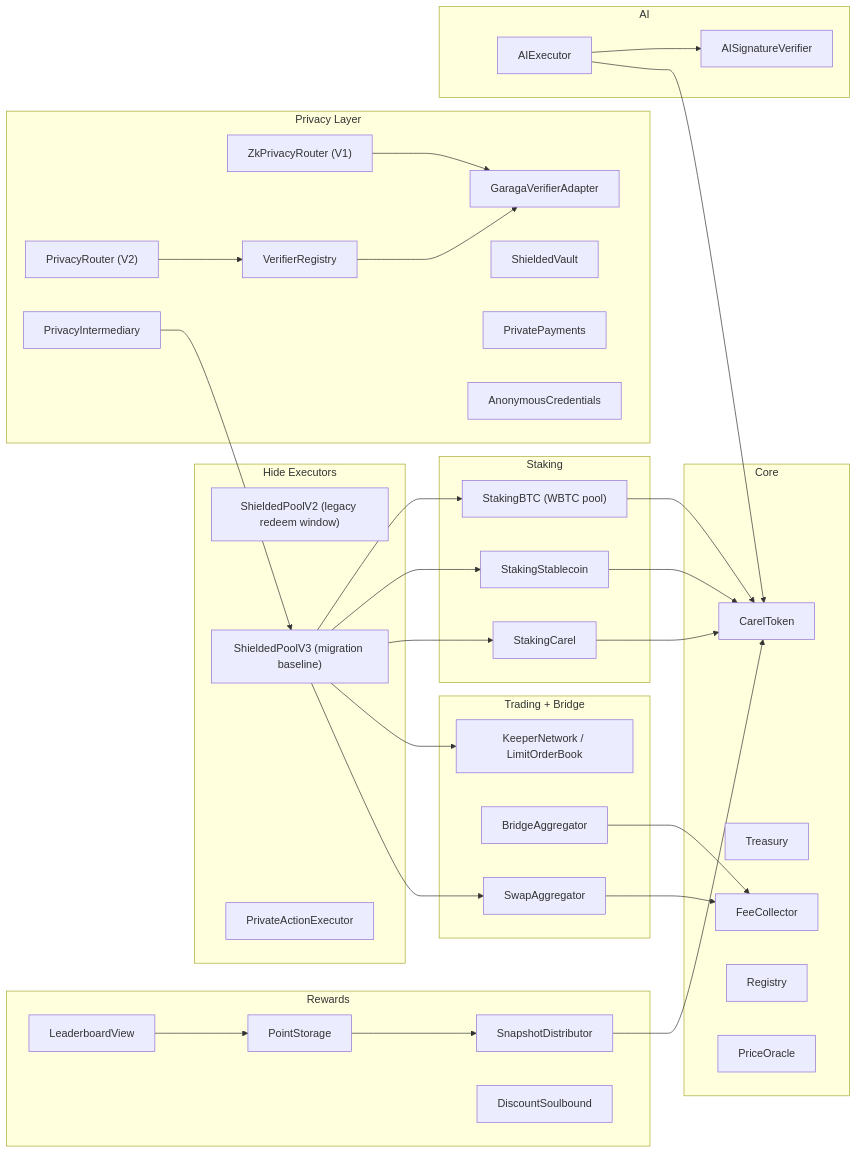
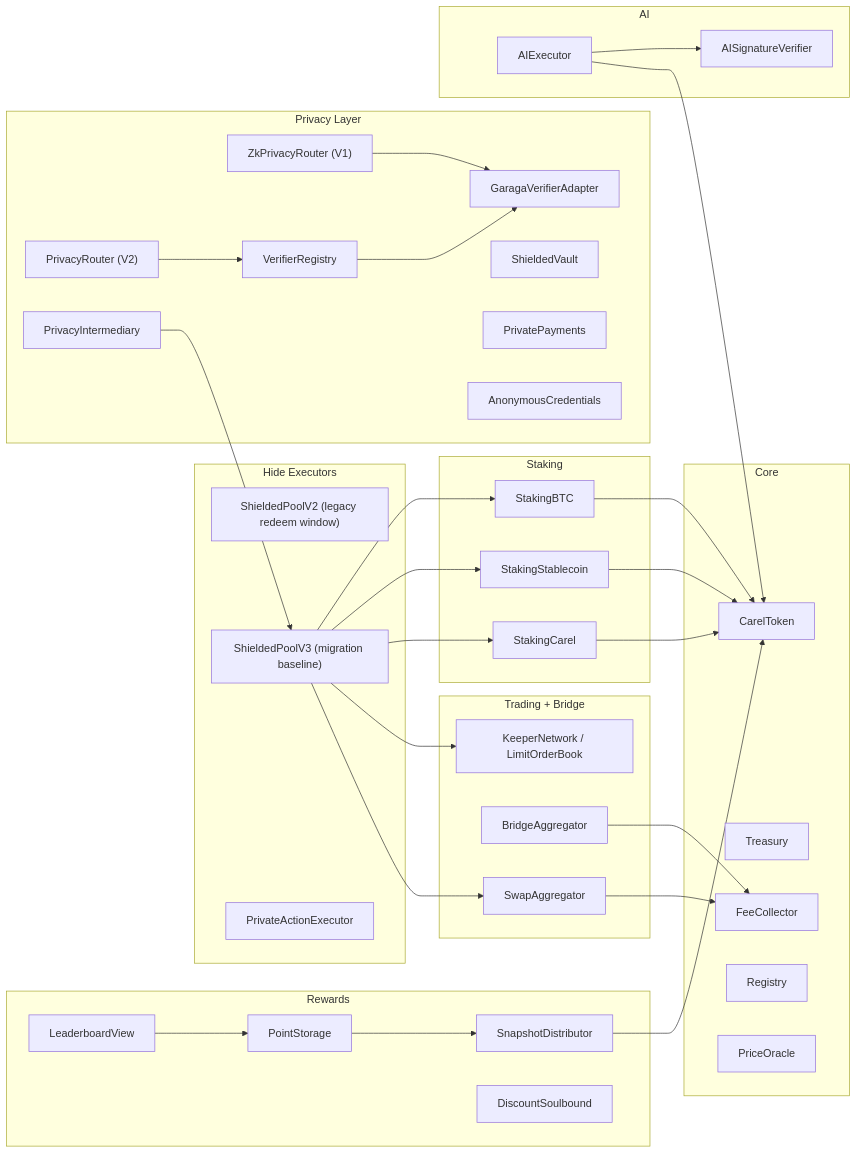
The first of 5 diagrams in smartcontract/README.md (ntfound-dev/zkcarel_protocol), drawn with Mermaid before and after one commit. The commit also changed other lines of this file and 1 other file, not shown here.

Commit message:
docs: clarify stakingbtc and ai hide flow

````diff
--- a/smartcontract/README.md
+++ b/smartcontract/README.md
@@ -53,74 +53,74 @@
 ```mermaid
 flowchart LR
     subgraph CORE["Core"]
         CAREL["CarelToken"]
         TREASURY["Treasury"]
         FEE["FeeCollector"]
         REG["Registry"]
         ORACLE["PriceOracle"]
     end
 
     subgraph TRADING["Trading + Bridge"]
         SWAP["SwapAggregator"]
         BRIDGE["BridgeAggregator"]
         LOB["KeeperNetwork / LimitOrderBook"]
     end
 
     subgraph STAKING["Staking"]
         SCAREL["StakingCarel"]
         SSTABLE["StakingStablecoin"]
-        SBTC["StakingBTC (WBTC pool)"]
+        SBTC["StakingBTC"]
     end
 
     subgraph PRIVACY["Privacy Layer"]
         ZKV1["ZkPrivacyRouter (V1)"]
         ZKV2["PrivacyRouter (V2)"]
         PINTERM["PrivacyIntermediary"]
         GADAPT["GaragaVerifierAdapter"]
         VREG["VerifierRegistry"]
         VAULT["ShieldedVault"]
         PPAY["PrivatePayments"]
         ACRED["AnonymousCredentials"]
     end
 
     subgraph HIDE["Hide Executors"]
         EXECV2["ShieldedPoolV2 (legacy redeem window)"]
         EXECV3["ShieldedPoolV3 (migration baseline)"]
         EXECLEG["PrivateActionExecutor"]
     end
 
     subgraph REWARDS["Rewards"]
         POINTS["PointStorage"]
         SNAP["SnapshotDistributor"]
         NFT["DiscountSoulbound"]
         BOARD["LeaderboardView"]
     end
 
     subgraph AI["AI"]
         AIEXEC["AIExecutor"]
         AIVER["AISignatureVerifier"]
     end
 
     SWAP --> FEE
     BRIDGE --> FEE
     SCAREL --> CAREL
     SSTABLE --> CAREL
     SBTC --> CAREL
 
     EXECV3 --> SWAP
     EXECV3 --> LOB
     EXECV3 --> SCAREL
     EXECV3 --> SSTABLE
     EXECV3 --> SBTC
 
     ZKV1 --> GADAPT
     ZKV2 --> VREG
     VREG --> GADAPT
     PINTERM --> EXECV3
 
     AIEXEC --> CAREL
     AIEXEC --> AIVER
     POINTS --> SNAP
     SNAP --> CAREL
     BOARD --> POINTS
 ```
````
